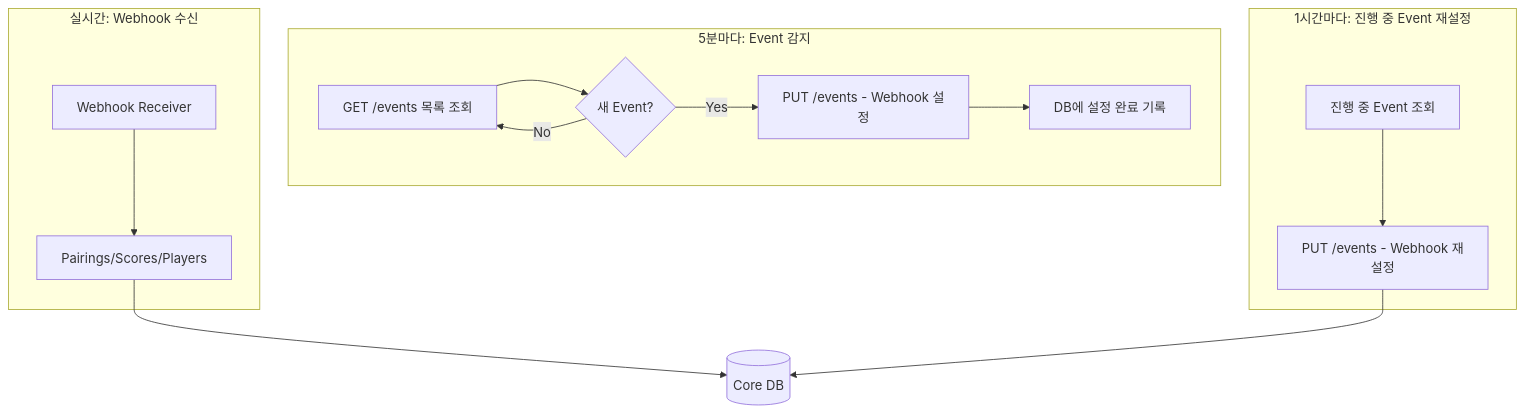
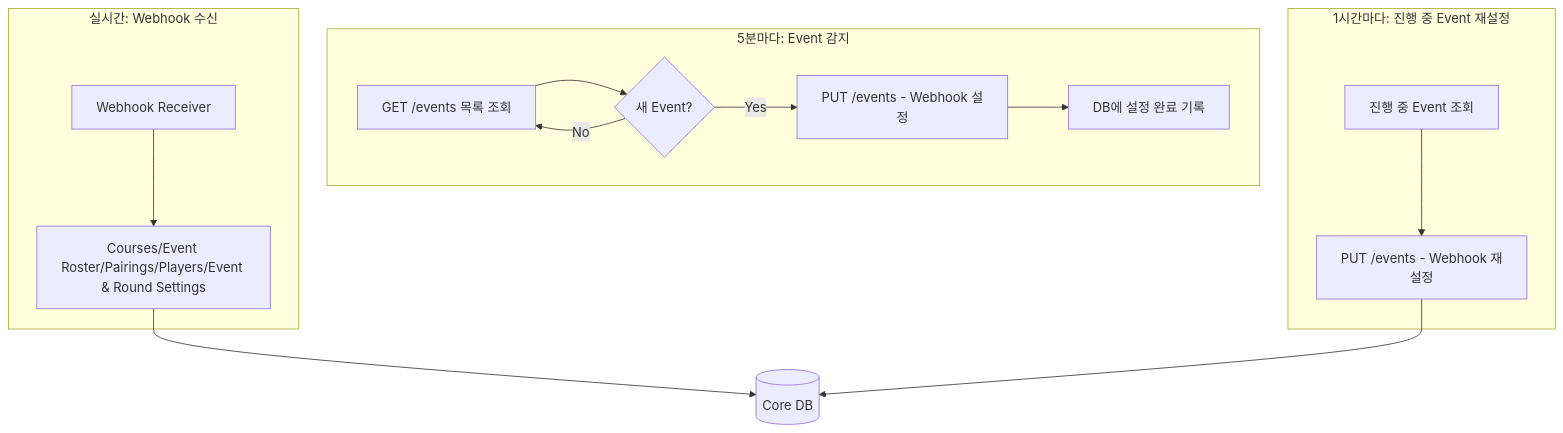
The first of 3 diagrams in docs/design/sync-strategy.md (erichshan/golf-genius), drawn with Mermaid before and after one commit. The commit also changed other lines of this file and 4 other files, not shown here.

First line of the commit message:
Add Division/Team terminology and Smartscore DB schema design

````diff
--- a/docs/design/sync-strategy.md
+++ b/docs/design/sync-strategy.md
@@ -61,30 +61,30 @@
 ```mermaid
 flowchart TD
     subgraph Polling["5분마다: Event 감지"]
         P1[GET /events 목록 조회]
         P2{새 Event?}
         P3[PUT /events - Webhook 설정]
         P4[DB에 설정 완료 기록]
     end
 
     subgraph Webhook["실시간: Webhook 수신"]
         W1[Webhook Receiver]
-        W2[Pairings/Scores/Players]
+        W2[Courses/Event Roster/Pairings/Players/Event & Round Settings]
     end
 
     subgraph Refresh["1시간마다: 진행 중 Event 재설정"]
         R1[진행 중 Event 조회]
         R2[PUT /events - Webhook 재설정]
     end
 
     P1 --> P2
     P2 -- Yes --> P3
     P3 --> P4
     P2 -- No --> P1
 
     W1 --> W2
     W2 --> DB[(Core DB)]
 
     R1 --> R2
     R2 --> DB
 ```
````
